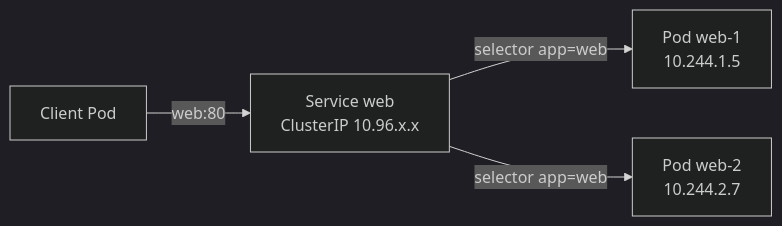
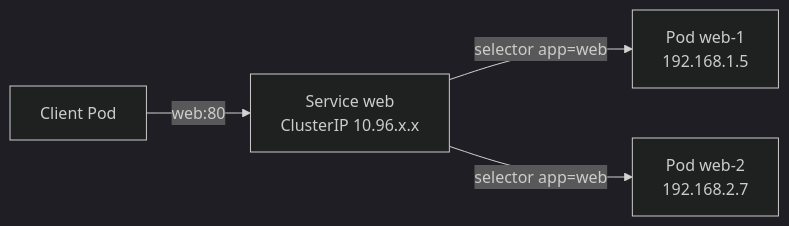
Before and after one commit to Mufabo/kubestronaut: the diagram in chapters/11-services-dns/11-services-dns.md, drawn with Mermaid (dark theme). The commit also changed other lines of this file and 23 other files, not shown here.

````diff
--- a/chapters/11-services-dns/11-services-dns.md
+++ b/chapters/11-services-dns/11-services-dns.md
@@ -38,6 +38,6 @@
 ```mermaid
 flowchart LR
   C[Client Pod] -->|web:80| S[Service web<br/>ClusterIP 10.96.x.x]
-  S -->|selector app=web| P1[Pod web-1<br/>10.244.1.5]
-  S -->|selector app=web| P2[Pod web-2<br/>10.244.2.7]
+  S -->|selector app=web| P1[Pod web-1<br/>192.168.1.5]
+  S -->|selector app=web| P2[Pod web-2<br/>192.168.2.7]
 ```
````
